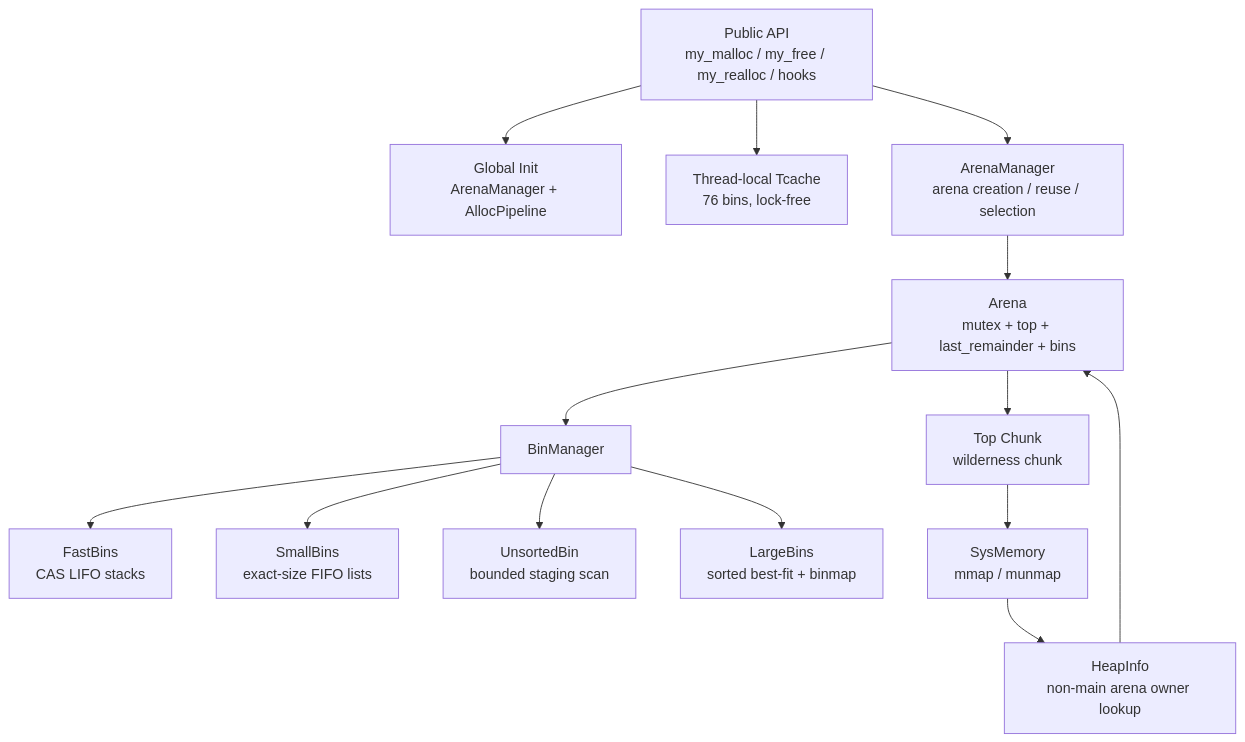
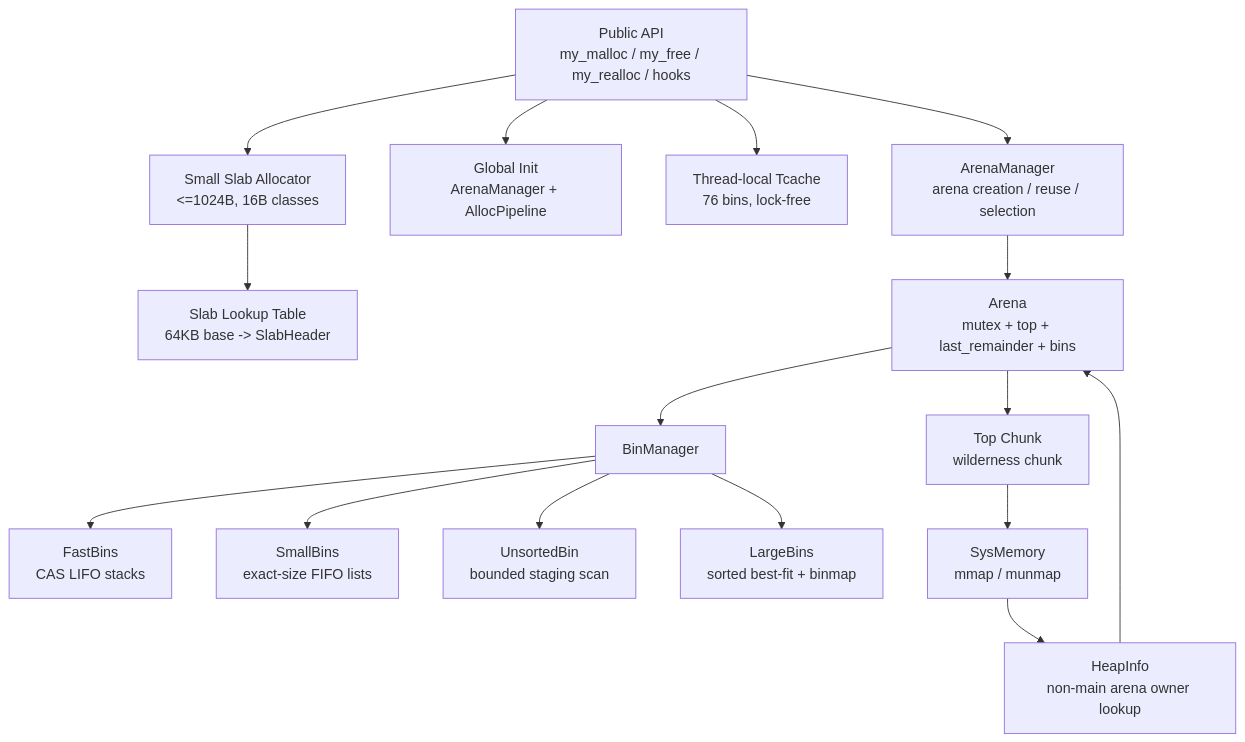
The first of 11 diagrams in docs/allocator_design.md (sdsasf/my_malloc), drawn with Mermaid before and after one commit. The commit also changed other lines of this file and 7 other files, not shown here.

Commit message:
Add small-object slab fast path

````diff
--- a/docs/allocator_design.md
+++ b/docs/allocator_design.md
@@ -21,30 +26,34 @@
 ```mermaid
 flowchart TB
     API["Public API<br/>my_malloc / my_free / my_realloc / hooks"]
+    SLAB["Small Slab Allocator<br/><=1024B, 16B classes"]
+    SLOOK["Slab Lookup Table<br/>64KB base -> SlabHeader"]
     Init["Global Init<br/>ArenaManager + AllocPipeline"]
     TC["Thread-local Tcache<br/>76 bins, lock-free"]
     AM["ArenaManager<br/>arena creation / reuse / selection"]
     AR["Arena<br/>mutex + top + last_remainder + bins"]
     BM["BinManager"]
     FB["FastBins<br/>CAS LIFO stacks"]
     SB["SmallBins<br/>exact-size FIFO lists"]
     UB["UnsortedBin<br/>bounded staging scan"]
     LB["LargeBins<br/>sorted best-fit + binmap"]
     TOP["Top Chunk<br/>wilderness chunk"]
     SYS["SysMemory<br/>mmap / munmap"]
     HI["HeapInfo<br/>non-main arena owner lookup"]
 
     API --> Init
+    API --> SLAB
+    SLAB --> SLOOK
     API --> TC
     API --> AM
     AM --> AR
     AR --> BM
     BM --> FB
     BM --> SB
     BM --> UB
     BM --> LB
     AR --> TOP
     TOP --> SYS
     SYS --> HI
     HI --> AR
 ```
````
